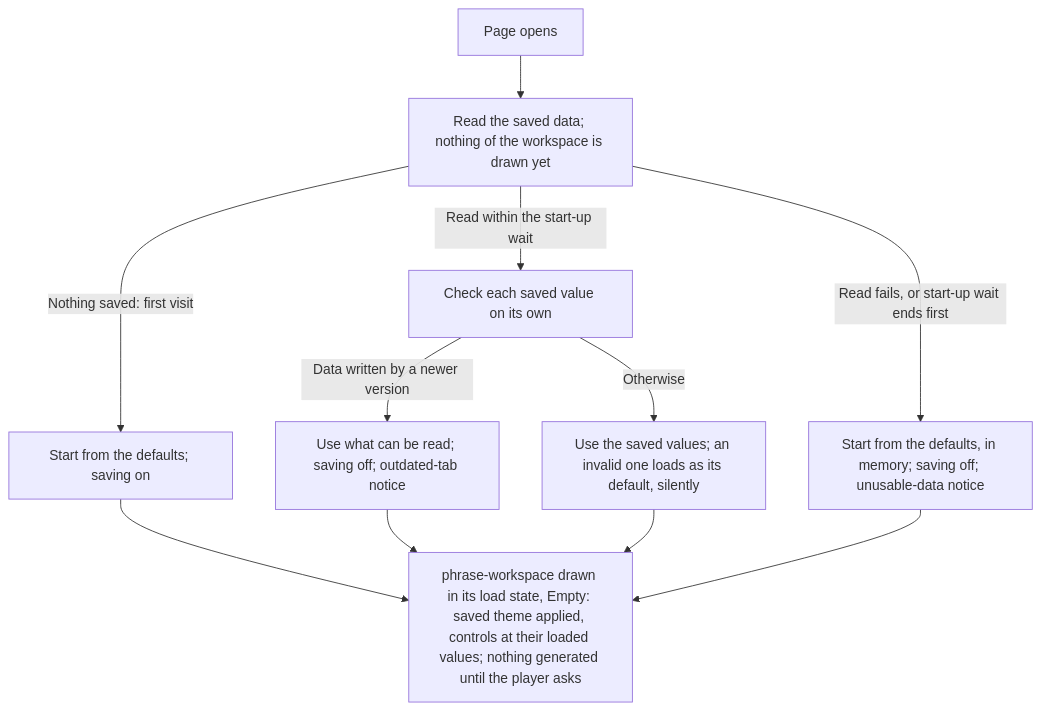
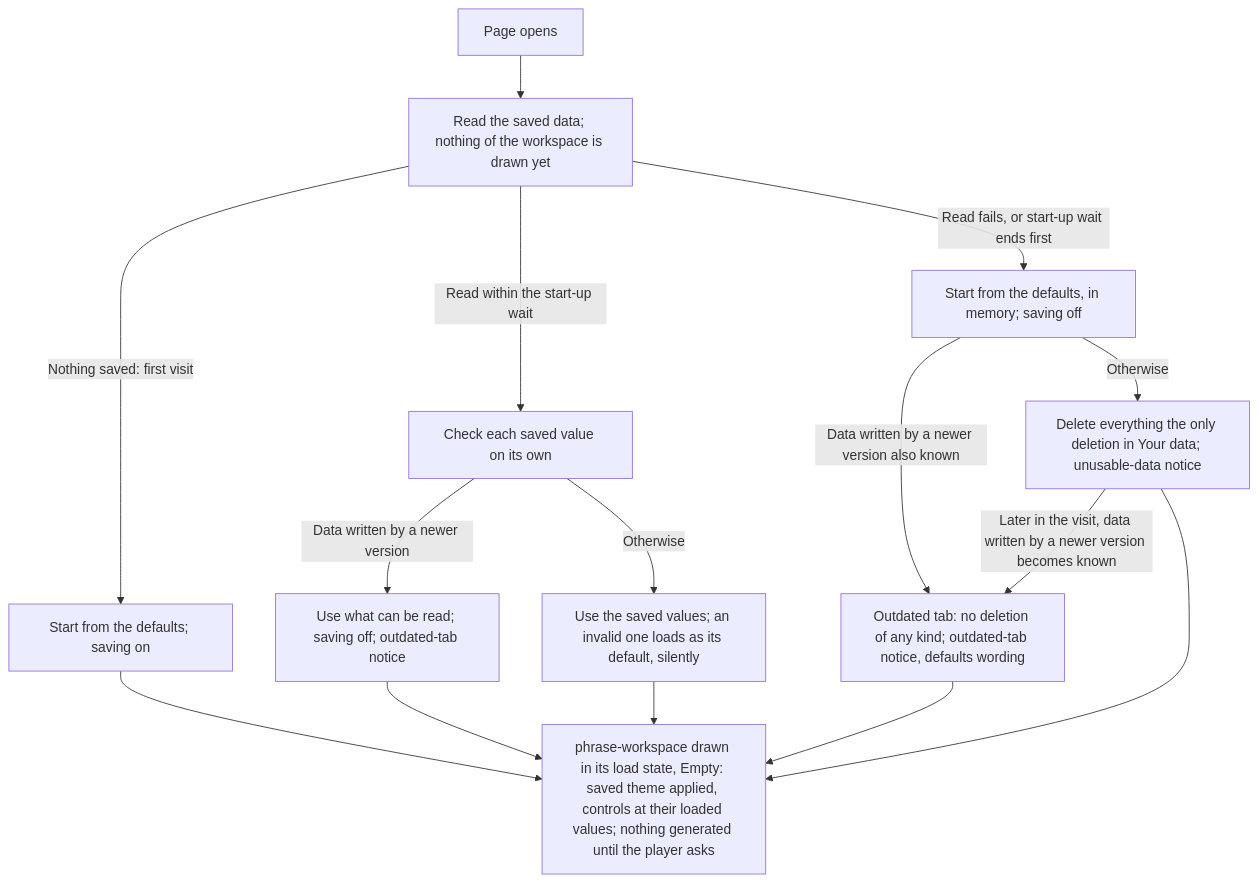
One commit to kluthen/infinite-flow changed the first of 2 diagrams in ui_ux/flows/saved-data/handoff.md. Above: the diagram before and after it, drawn with Mermaid. The commit also changed other lines of this file and 10 other files, not shown here.

First line of the commit message:
UX: newer data wins over a failed read (ux D222, applies spec D225)

````diff
--- a/ui_ux/flows/saved-data/handoff.md
+++ b/ui_ux/flows/saved-data/handoff.md
@@ -56,14 +67,18 @@
 ```mermaid
 flowchart TD
   OPEN[Page opens] --> READ["Read the saved data; nothing of the workspace is drawn yet"]
   READ -->|Nothing saved: first visit| DEF[Start from the defaults; saving on]
   READ -->|Read within the start-up wait| CHECK[Check each saved value on its own]
   CHECK -->|Data written by a newer version| NEWER["Use what can be read; saving off; outdated-tab notice"]
   CHECK -->|Otherwise| OK["Use the saved values; an invalid one loads as its default, silently"]
-  READ -->|"Read fails, or start-up wait ends first"| BAD["Start from the defaults, in memory; saving off; unusable-data notice"]
+  READ -->|"Read fails, or start-up wait ends first"| BAD["Start from the defaults, in memory; saving off"]
+  BAD -->|"Data written by a newer version also known"| BADNEWER["Outdated tab: no deletion of any kind; outdated-tab notice, defaults wording"]
+  BAD -->|Otherwise| BADONLY["Delete everything the only deletion in Your data; unusable-data notice"]
+  BADONLY -->|"Later in the visit, data written by a newer version becomes known"| BADNEWER
   DEF --> DRAW
   NEWER --> DRAW
   OK --> DRAW
-  BAD --> DRAW
+  BADNEWER --> DRAW
+  BADONLY --> DRAW
   DRAW["phrase-workspace drawn in its load state, Empty: saved theme applied, controls at their loaded values; nothing generated until the player asks"]
 ```
````
